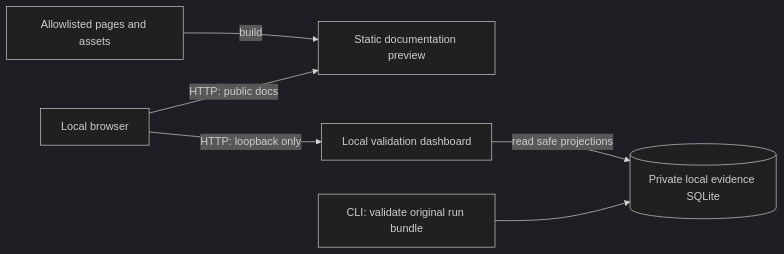
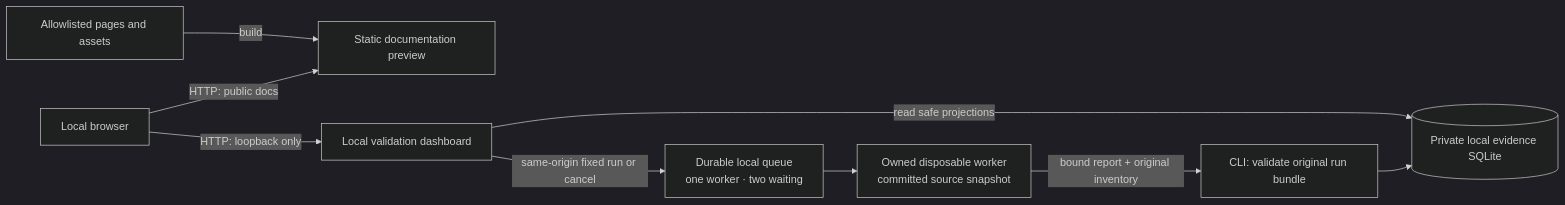
The first of 5 diagrams in docs/deployment.md (CBIIT/nci-si-mcp), drawn with Mermaid (dark theme) before and after one commit. The commit also changed other lines of this file and 27 other files, not shown here.

Commit message:
feat(portal): add bounded local validation controls

````diff
--- a/docs/deployment.md
+++ b/docs/deployment.md
@@ -18,8 +18,11 @@
 ```mermaid
 flowchart LR
     Reader["Local browser"] -->|"HTTP: public docs"| Static["Static documentation preview"]
     Reader -->|"HTTP: loopback only"| Portal["Local validation dashboard"]
     Pages["Allowlisted pages and assets"] -->|"build"| Static
     Import["CLI: validate original run bundle"] --> Store[("Private local evidence SQLite")]
     Portal -->|"read safe projections"| Store
+    Portal -->|"same-origin fixed run or cancel"| Queue["Durable local queue<br/>one worker · two waiting"]
+    Queue --> Worker["Owned disposable worker<br/>committed source snapshot"]
+    Worker -->|"bound report + original inventory"| Import
 ```
````
